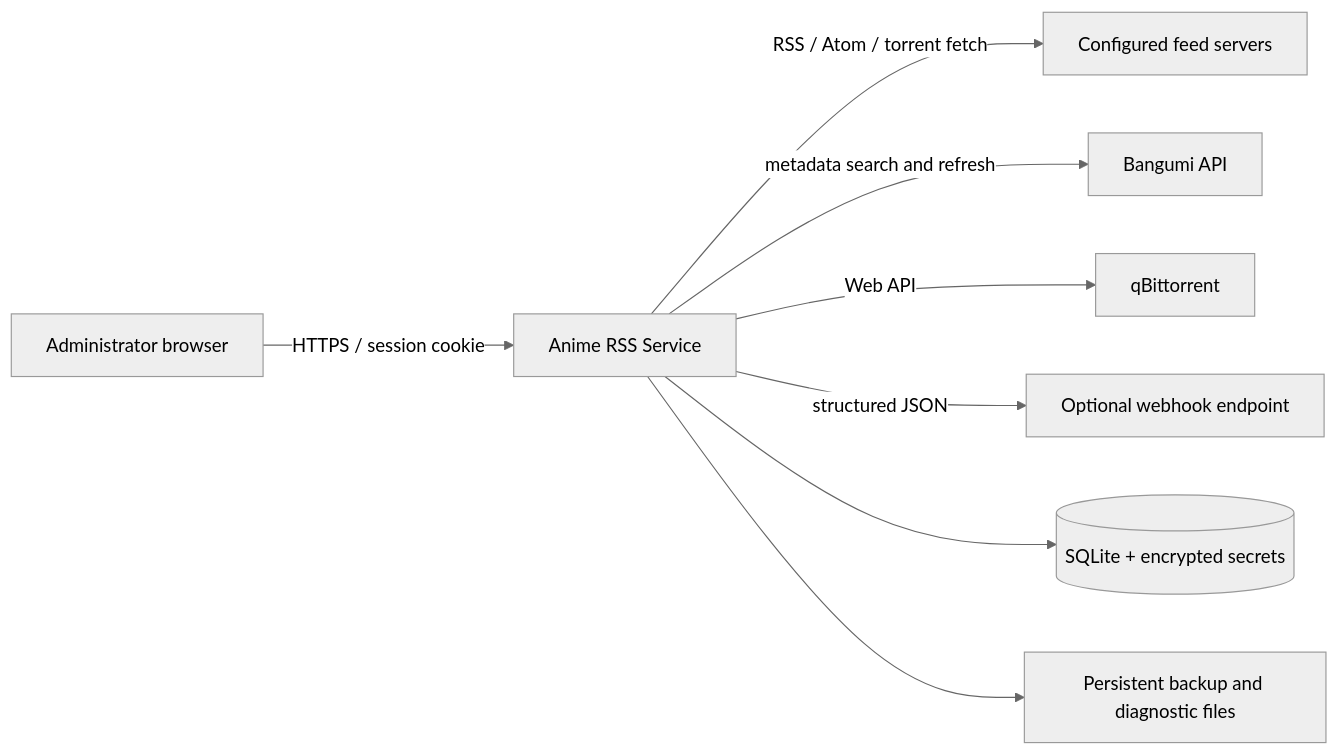
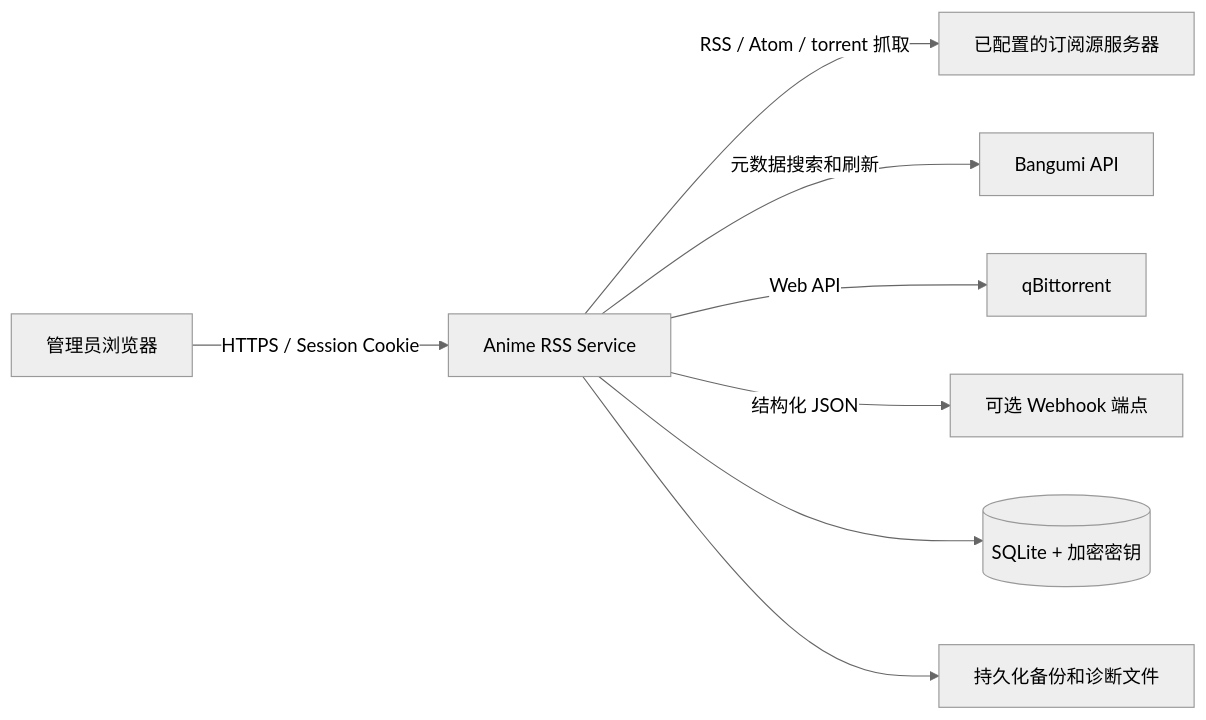
The first of 4 diagrams in ARCHITECTURE.md (leavesster/anime-rss), drawn with Mermaid (neutral theme) before and after one commit. The commit also changed other lines of this file and 17 other files, not shown here.

````diff
--- a/ARCHITECTURE.md
+++ b/ARCHITECTURE.md
@@ -32,10 +27,10 @@
 ```mermaid
 flowchart LR
-    Admin["Administrator browser"] -->|HTTPS / session cookie| App["Anime RSS Service"]
-    App -->|RSS / Atom / torrent fetch| Feeds["Configured feed servers"]
-    App -->|metadata search and refresh| Bangumi["Bangumi API"]
+    Admin["管理员浏览器"] -->|HTTPS / Session Cookie| App["Anime RSS Service"]
+    App -->|RSS / Atom / torrent 抓取| Feeds["已配置的订阅源服务器"]
+    App -->|元数据搜索和刷新| Bangumi["Bangumi API"]
     App -->|Web API| QB["qBittorrent"]
-    App -->|structured JSON| Webhook["Optional webhook endpoint"]
-    App --> DB[("SQLite + encrypted secrets")]
-    App --> Files["Persistent backup and diagnostic files"]
+    App -->|结构化 JSON| Webhook["可选 Webhook 端点"]
+    App --> DB[("SQLite + 加密密钥")]
+    App --> Files["持久化备份和诊断文件"]
 ```
````
